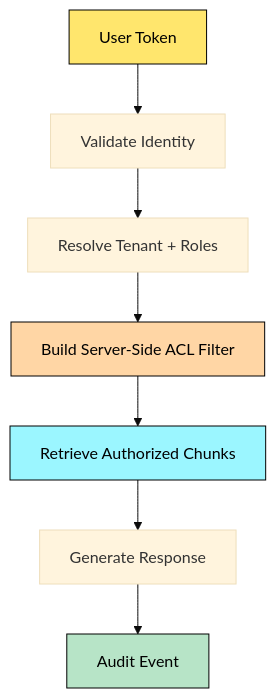
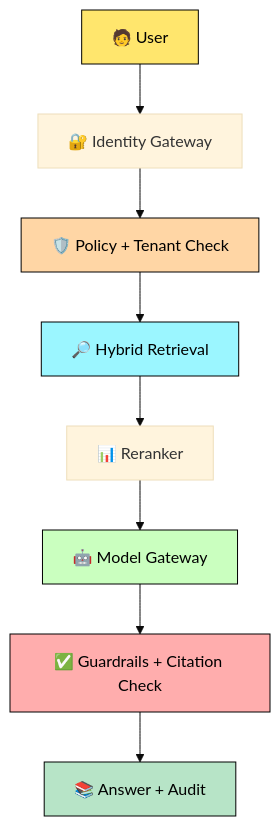
The third of 3 diagrams in 05-GenAI-RAG-Interview-QA.md (azam123/Engineering-Interview-Prep), drawn with Mermaid (base theme) before and after one commit. The commit also changed other lines of this file, not shown here.

Commit message:
Add colorful question and answer formatting to GenAI RAG guide

````diff
--- a/05-GenAI-RAG-Interview-QA.md
+++ b/05-GenAI-RAG-Interview-QA.md
@@ -254,14 +215,17 @@
 ```mermaid
 flowchart TD
-    A[User Token] --> B[Validate Identity]
-    B --> C[Resolve Tenant + Roles]
-    C --> D[Build Server-Side ACL Filter]
-    D --> E[Retrieve Authorized Chunks]
-    E --> F[Generate Response]
-    F --> G[Audit Event]
+    A[🧑 User] --> B[🔐 Identity Gateway]
+    B --> C[🛡️ Policy + Tenant Check]
+    C --> D[🔎 Hybrid Retrieval]
+    D --> E[📊 Reranker]
+    E --> F[🤖 Model Gateway]
+    F --> G[✅ Guardrails + Citation Check]
+    G --> H[📚 Answer + Audit]
 
     style A fill:#ffe66d,color:#000,stroke:#000
-    style D fill:#ffd6a5,color:#000,stroke:#000
-    style E fill:#9bf6ff,color:#000,stroke:#000
-    style G fill:#b7e4c7,color:#000,stroke:#000
+    style C fill:#ffd6a5,color:#000,stroke:#000
+    style D fill:#9bf6ff,color:#000,stroke:#000
+    style F fill:#caffbf,color:#000,stroke:#000
+    style G fill:#ffadad,color:#000,stroke:#000
+    style H fill:#b7e4c7,color:#000,stroke:#000
 ```
````
